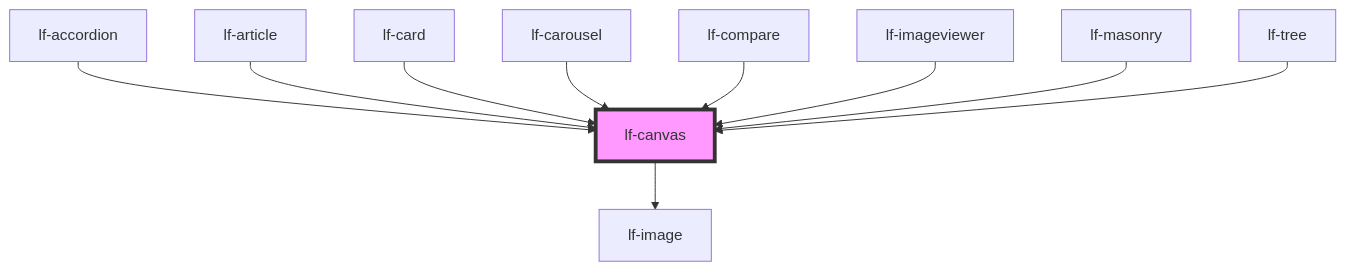
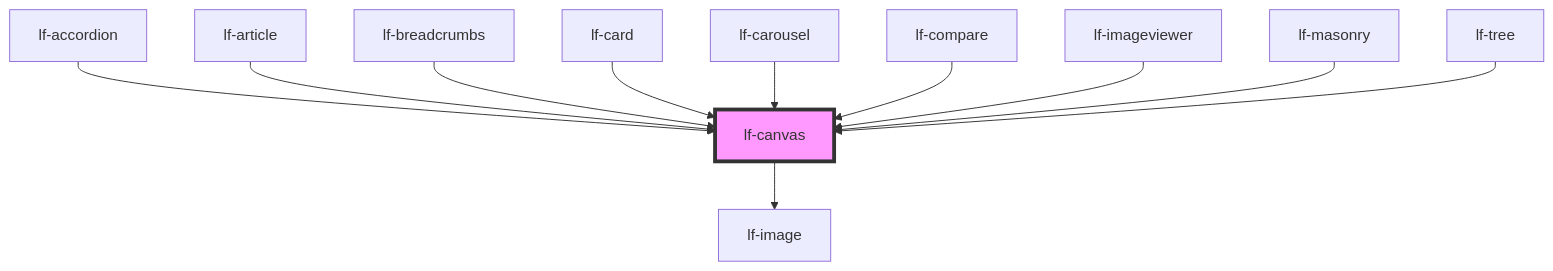
The diagram in packages/core/src/components/lf-canvas/readme.md (lucafoscili/lf-widgets), drawn with Mermaid before and after one commit. The commit also changed other lines of this file and 17 other files, not shown here.

````diff
--- a/packages/core/src/components/lf-canvas/readme.md
+++ b/packages/core/src/components/lf-canvas/readme.md
@@ -218,13 +219,14 @@
 ```mermaid
 graph TD;
   lf-canvas --> lf-image
   lf-accordion --> lf-canvas
   lf-article --> lf-canvas
+  lf-breadcrumbs --> lf-canvas
   lf-card --> lf-canvas
   lf-carousel --> lf-canvas
   lf-compare --> lf-canvas
   lf-imageviewer --> lf-canvas
   lf-masonry --> lf-canvas
   lf-tree --> lf-canvas
   style lf-canvas fill:#f9f,stroke:#333,stroke-width:4px
 ```
````
